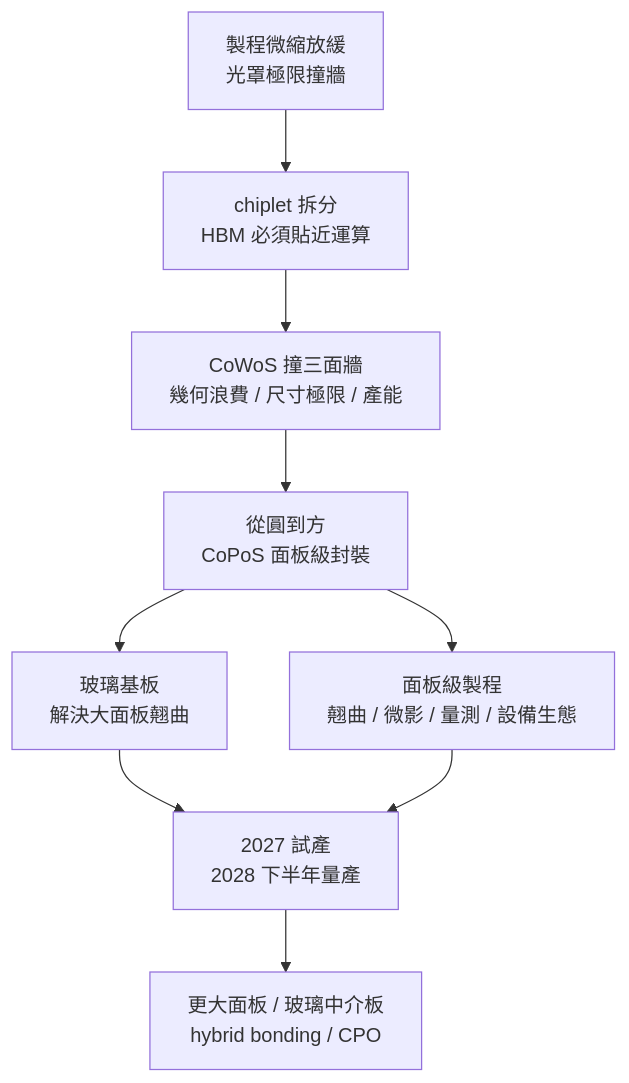
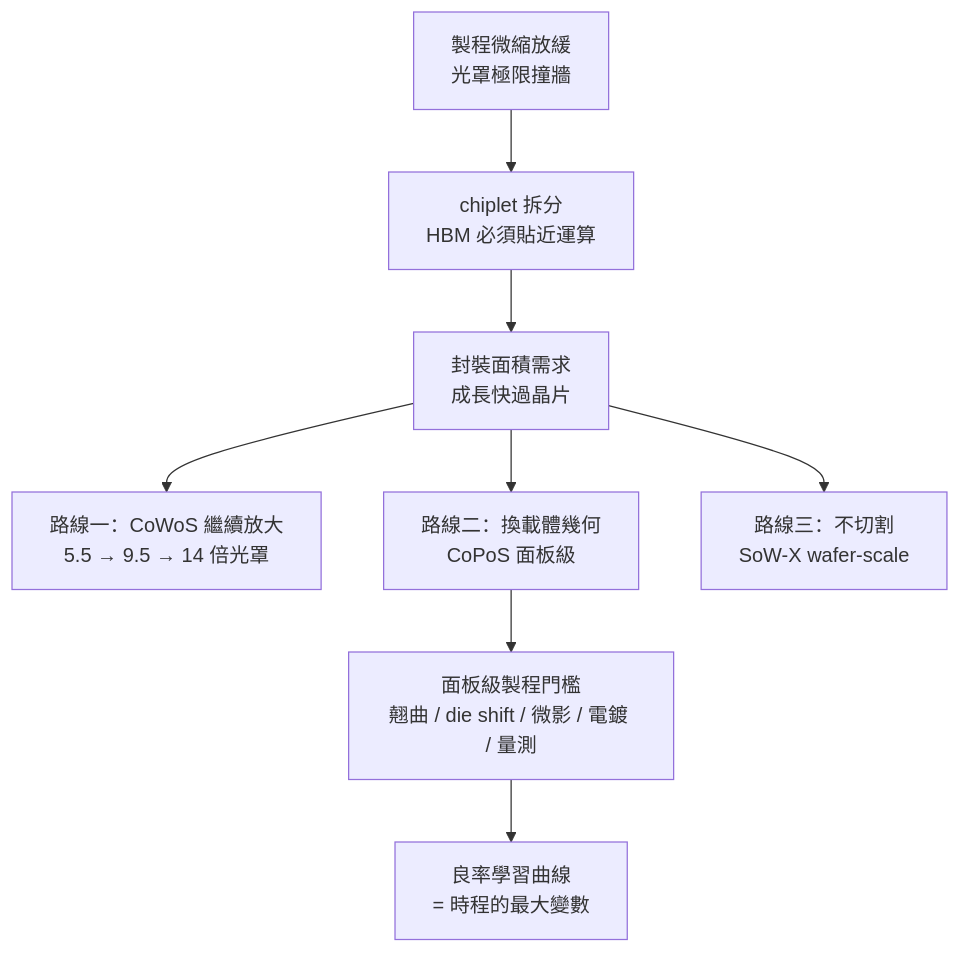
Before and after one commit to wizardhsiehcom/book: the diagram in docs/copos/12-future-outlook.md, drawn with Mermaid. The commit also changed other lines of this file and 33 other files, not shown here.

````diff
--- a/docs/copos/12-future-outlook.md
+++ b/docs/copos/12-future-outlook.md
@@ -11,11 +15,10 @@
 ```mermaid
 flowchart TD
     A["製程微縮放緩<br/>光罩極限撞牆"] --> B["chiplet 拆分<br/>HBM 必須貼近運算"]
-    B --> C["CoWoS 撞三面牆<br/>幾何浪費 / 尺寸極限 / 產能"]
-    C --> D["從圓到方<br/>CoPoS 面板級封裝"]
-    D --> E["玻璃基板<br/>解決大面板翹曲"]
-    D --> F["面板級製程<br/>翹曲 / 微影 / 量測 / 設備生態"]
-    E --> G["2027 試產<br/>2028 下半年量產"]
-    F --> G
-    G --> H["更大面板 / 玻璃中介板<br/>hybrid bonding / CPO"]
+    B --> C["封裝面積需求<br/>成長快過晶片"]
+    C --> D1["路線一：CoWoS 繼續放大<br/>5.5 → 9.5 → 14 倍光罩"]
+    C --> D2["路線二：換載體幾何<br/>CoPoS 面板級"]
+    C --> D3["路線三：不切割<br/>SoW-X wafer-scale"]
+    D2 --> E["面板級製程門檻<br/>翹曲 / die shift / 微影 / 電鍍 / 量測"]
+    E --> F["良率學習曲線<br/>= 時程的最大變數"]
 ```
````
